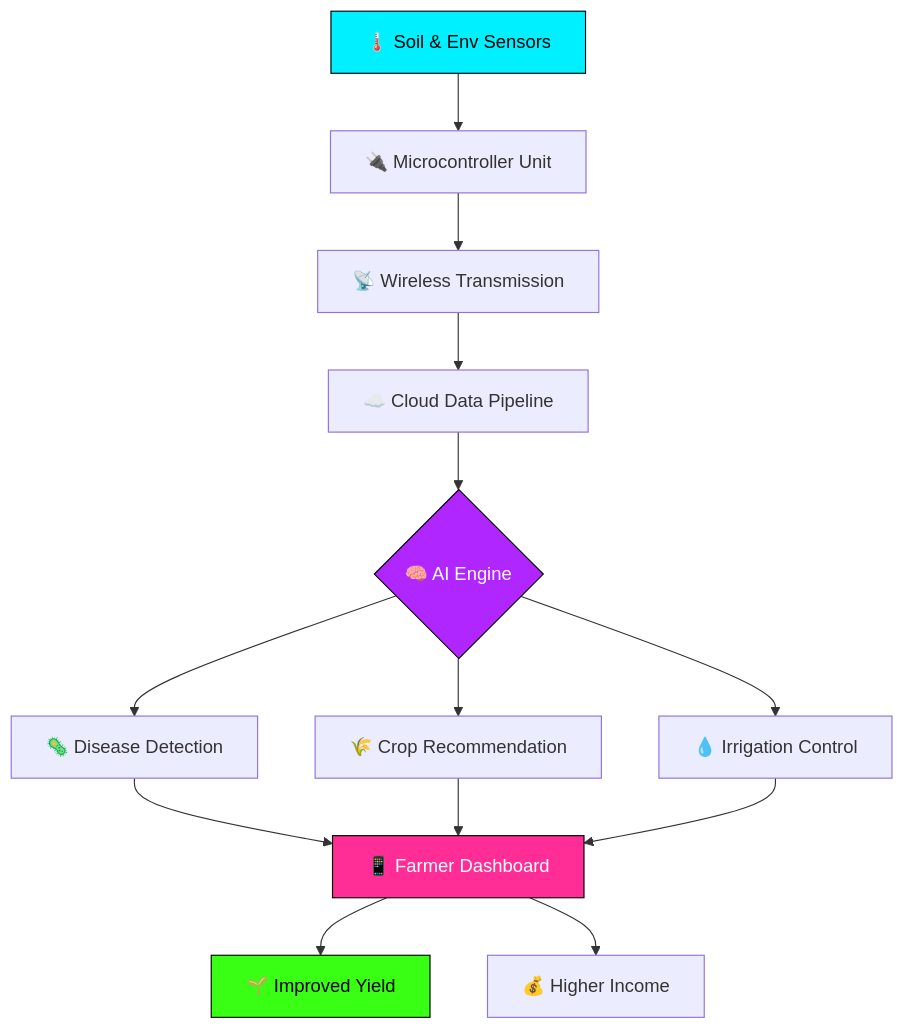
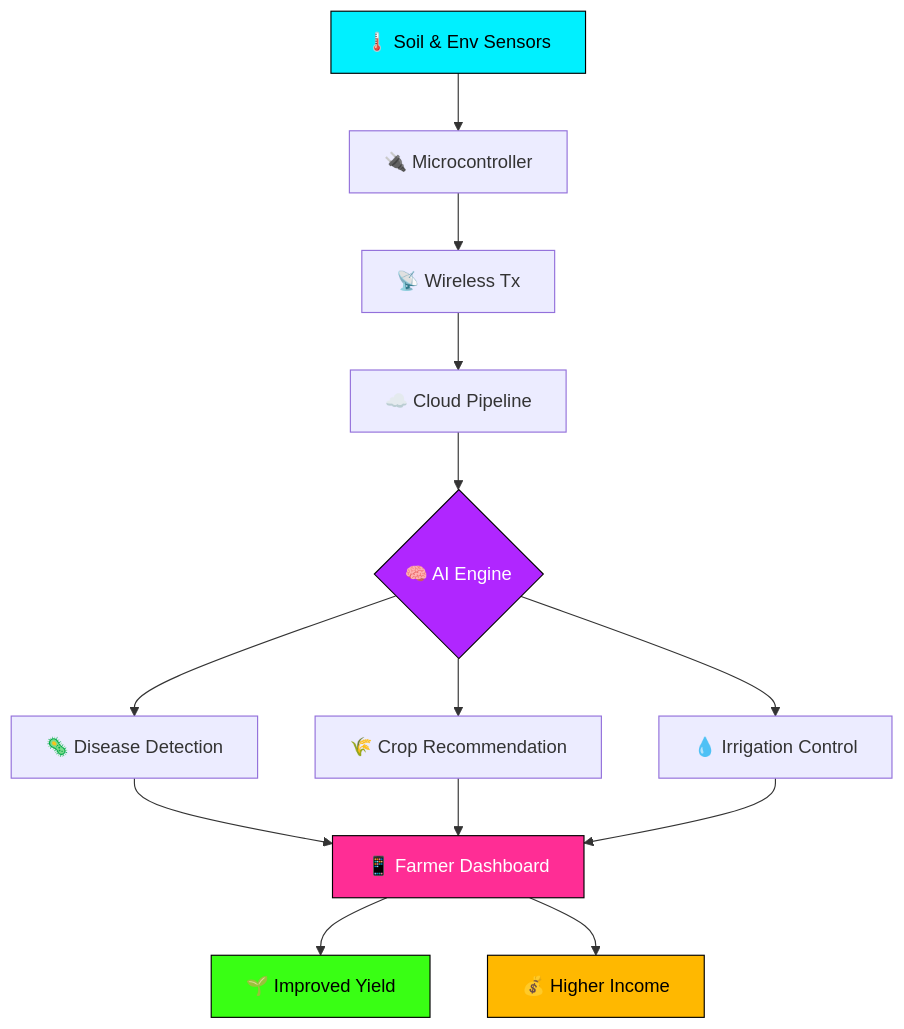
Before and after one commit to sabeeshvar/Portfolio: the first of 2 diagrams in README.md, drawn with Mermaid. The commit also changed other lines of this file, not shown here.

````diff
--- a/README.md
+++ b/README.md
@@ -244,20 +252,21 @@
 ```mermaid
 flowchart TD
-    A[🌡️ Soil & Env Sensors] --> B[🔌 Microcontroller Unit]
-    B --> C[📡 Wireless Transmission]
-    C --> D[☁️ Cloud Data Pipeline]
+    A[🌡️ Soil & Env Sensors] --> B[🔌 Microcontroller]
+    B --> C[📡 Wireless Tx]
+    C --> D[☁️ Cloud Pipeline]
     D --> E{🧠 AI Engine}
     E --> F[🦠 Disease Detection]
     E --> G[🌾 Crop Recommendation]
     E --> H[💧 Irrigation Control]
     F --> I[📱 Farmer Dashboard]
     G --> I
     H --> I
     I --> J[🌱 Improved Yield]
     I --> K[💰 Higher Income]
 
     style A fill:#00F0FF,stroke:#000,color:#000
     style E fill:#B026FF,stroke:#000,color:#fff
     style I fill:#FF2D95,stroke:#000,color:#fff
     style J fill:#39FF14,stroke:#000,color:#000
+    style K fill:#FFB800,stroke:#000,color:#000
 ```
````
